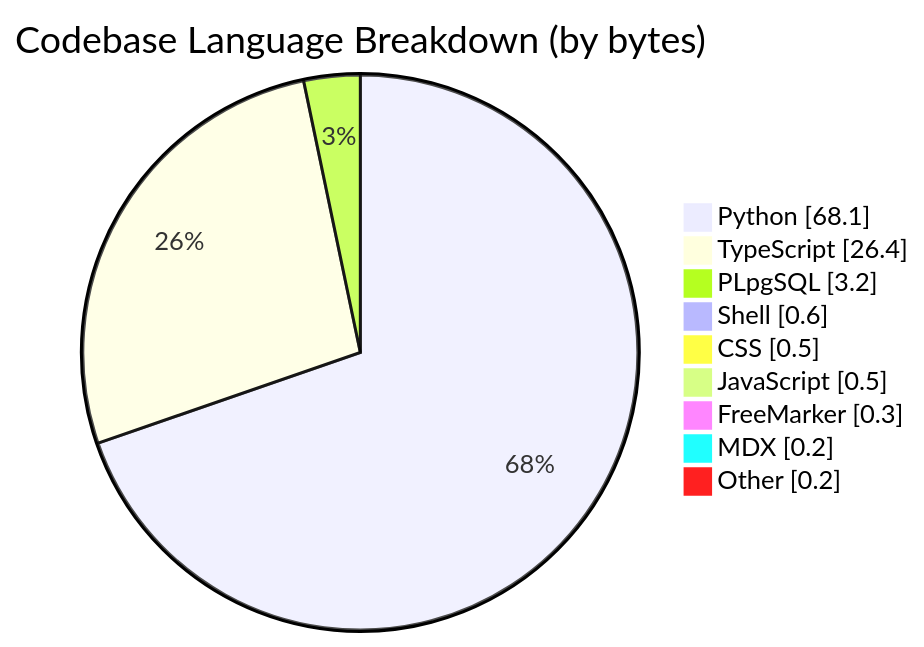
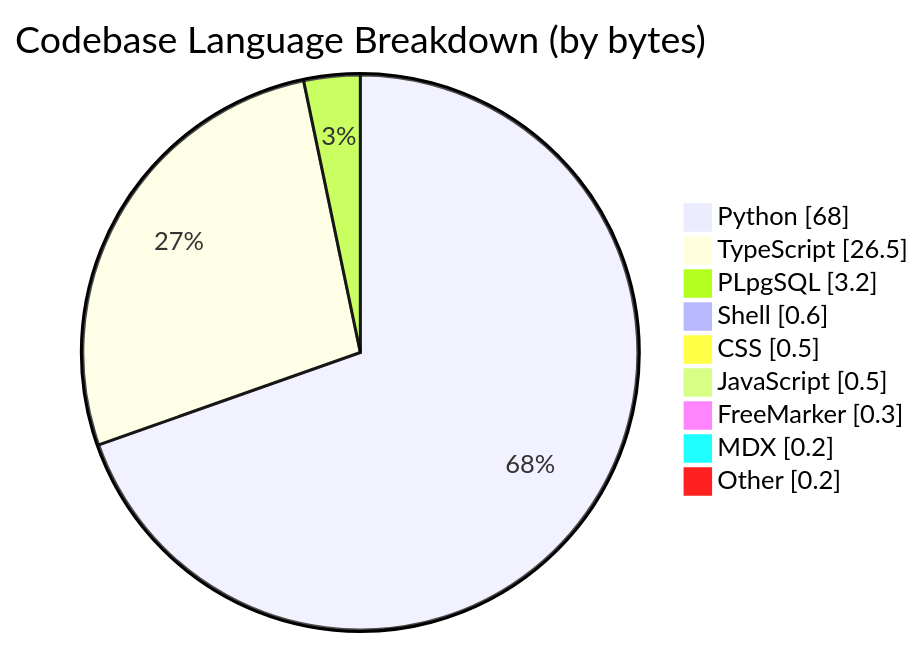
Before and after one commit to CSTH-Projects/.github: the third of 4 diagrams in profile/README.md, drawn with Mermaid. The commit also changed other lines of this file, not shown here.

````diff
--- a/profile/README.md
+++ b/profile/README.md
@@ -63,13 +63,13 @@
 ```mermaid
 pie showData
     title Codebase Language Breakdown (by bytes)
-    "Python" : 68.1
-    "TypeScript" : 26.4
+    "Python" : 68.0
+    "TypeScript" : 26.5
     "PLpgSQL" : 3.2
     "Shell" : 0.6
     "CSS" : 0.5
     "JavaScript" : 0.5
     "FreeMarker" : 0.3
     "MDX" : 0.2
     "Other" : 0.2
 ```
````
